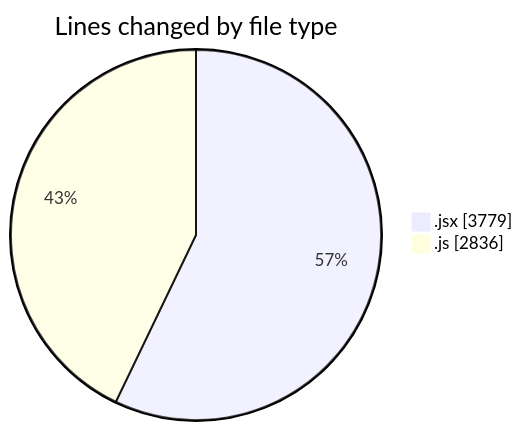
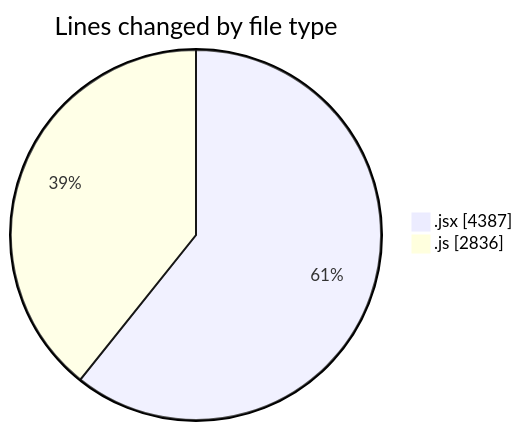
One commit to nxtqubesakshisongat/code-tracking changed the first of 2 diagrams in 2025-09-23/nxtqube_webapp/README.md. Above: the diagram before and after it, drawn with Mermaid. The commit also changed other lines of this file and 1 other file, not shown here.

````diff
--- a/2025-09-23/nxtqube_webapp/README.md
+++ b/2025-09-23/nxtqube_webapp/README.md
@@ -23,6 +23,6 @@
 ```mermaid
 pie showData
 title Lines changed by file type
-".jsx" : 3779
+".jsx" : 4387
 ".js" : 2836
 ```
````
